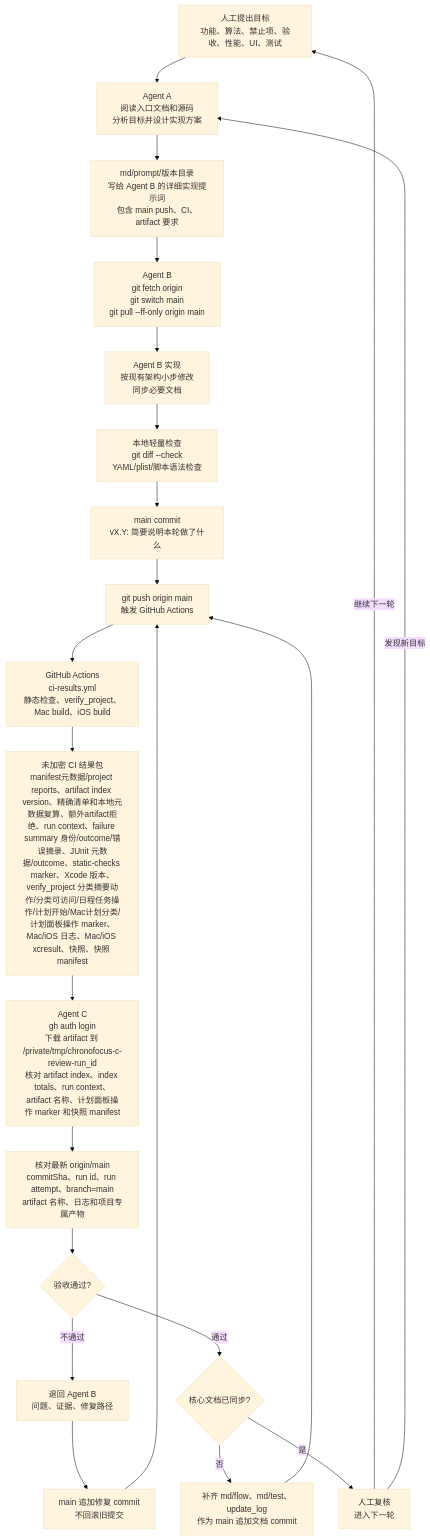
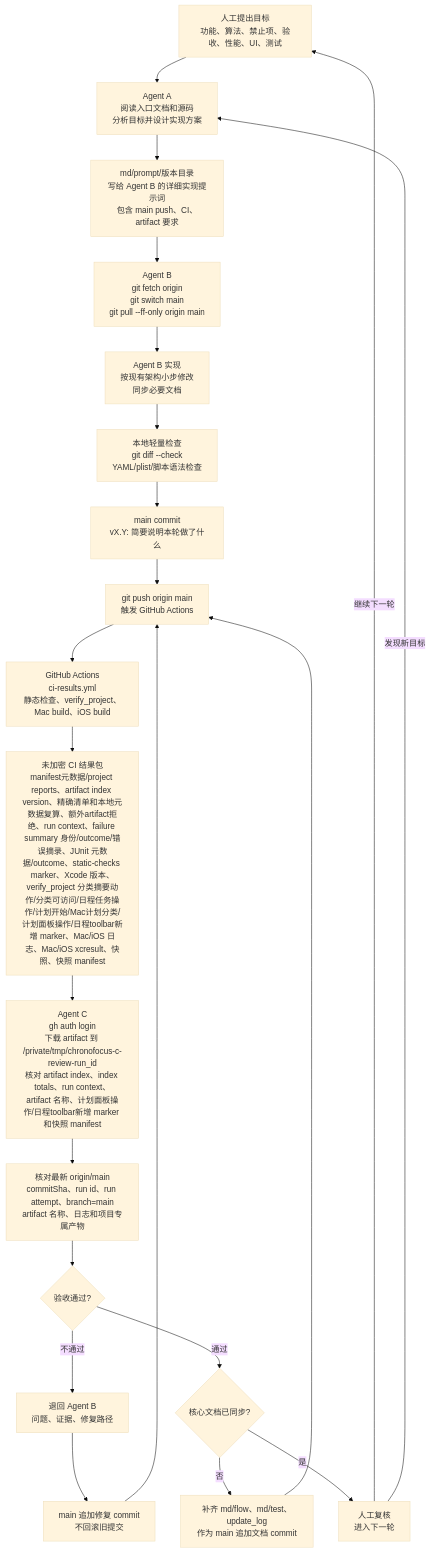
Before and after one commit to Altman-sam114/114: the fifth of 6 diagrams in md/flow/flowchart.md, drawn with Mermaid (base theme). The commit also changed other lines of this file and 8 other files, not shown here.

````diff
--- a/md/flow/flowchart.md
+++ b/md/flow/flowchart.md
@@ -102,24 +102,24 @@
 ```mermaid
 flowchart TD
   H["人工提出目标<br/>功能、算法、禁止项、验收、性能、UI、测试"] --> A["Agent A<br/>阅读入口文档和源码<br/>分析目标并设计实现方案"]
   A --> P["md/prompt/版本目录<br/>写给 Agent B 的详细实现提示词<br/>包含 main push、CI、artifact 要求"]
   P --> B0["Agent B<br/>git fetch origin<br/>git switch main<br/>git pull --ff-only origin main"]
   B0 --> B1["Agent B 实现<br/>按现有架构小步修改<br/>同步必要文档"]
   B1 --> L["本地轻量检查<br/>git diff --check<br/>YAML/plist/脚本语法检查"]
   L --> G["main commit<br/>vX.Y: 简要说明本轮做了什么"]
   G --> PUSH["git push origin main<br/>触发 GitHub Actions"]
   PUSH --> CI["GitHub Actions<br/>ci-results.yml<br/>静态检查、verify_project、Mac build、iOS build"]
-  CI --> ART["未加密 CI 结果包<br/>manifest元数据/project reports、artifact index version、精确清单和本地元数据复算、额外artifact拒绝、run context、failure summary 身份/outcome/错误摘录、JUnit 元数据/outcome、static-checks marker、Xcode 版本、verify_project 分类摘要动作/分类可访问/日程任务操作/计划开始/Mac计划分类/计划面板操作 marker、Mac/iOS 日志、Mac/iOS xcresult、快照、快照 manifest"]
-  ART --> C["Agent C<br/>gh auth login<br/>下载 artifact 到 /private/tmp/chronofocus-c-review-run_id<br/>核对 artifact index、index totals、run context、artifact 名称、计划面板操作 marker 和快照 manifest"]
+  CI --> ART["未加密 CI 结果包<br/>manifest元数据/project reports、artifact index version、精确清单和本地元数据复算、额外artifact拒绝、run context、failure summary 身份/outcome/错误摘录、JUnit 元数据/outcome、static-checks marker、Xcode 版本、verify_project 分类摘要动作/分类可访问/日程任务操作/计划开始/Mac计划分类/计划面板操作/日程toolbar新增 marker、Mac/iOS 日志、Mac/iOS xcresult、快照、快照 manifest"]
+  ART --> C["Agent C<br/>gh auth login<br/>下载 artifact 到 /private/tmp/chronofocus-c-review-run_id<br/>核对 artifact index、index totals、run context、artifact 名称、计划面板操作/日程toolbar新增 marker 和快照 manifest"]
   C --> V["核对最新 origin/main<br/>commitSha、run id、run attempt、branch=main<br/>artifact 名称、日志和项目专属产物"]
   V --> PASS{"验收通过?"}
   PASS -->|不通过| BACK["退回 Agent B<br/>问题、证据、修复路径"]
   BACK --> FIX["main 追加修复 commit<br/>不回滚旧提交"]
   FIX --> PUSH
   PASS -->|通过| DOC{"核心文档已同步?"}
   DOC -->|否| D["补齐 md/flow、md/test、update_log<br/>作为 main 追加文档 commit"]
   D --> PUSH
   DOC -->|是| J["人工复核<br/>进入下一轮"]
   J -->|继续下一轮| H
   J -->|发现新目标| A
 ```
````
